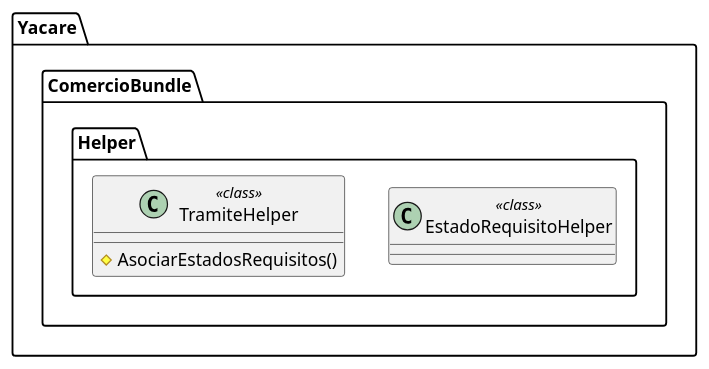
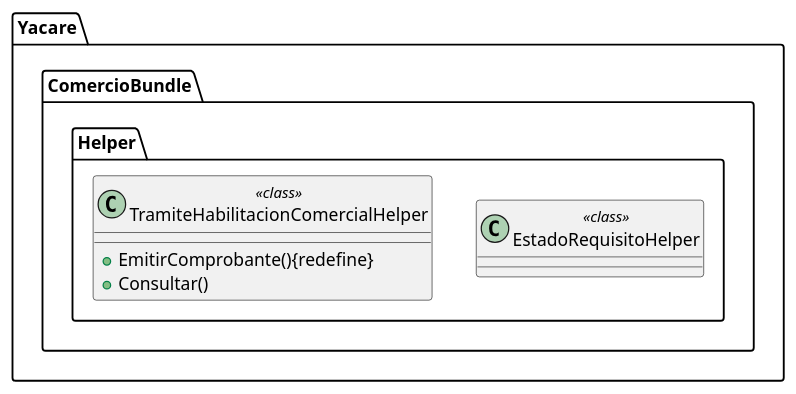
The diagram in docs/Clases/Yacaré/Comercio/Helpers.pu (alediazrc/yacare), drawn with PlantUML before and after one commit. The commit also changed 3 other files, not shown here.

```diff
--- a/docs/Clases/Yacaré/Comercio/Helpers.pu
+++ b/docs/Clases/Yacaré/Comercio/Helpers.pu
@@ -1,9 +1,10 @@
 @startuml
 namespace Yacare.ComercioBundle.Helper  {
 	class EstadoRequisitoHelper << class >> {
 	}
-	class TramiteHelper << class >> {
-		#AsociarEstadosRequisitos()
+	class TramiteHabilitacionComercialHelper << class >> {
+		+EmitirComprobante(){redefine}
+		+Consultar()
 	}
 }
 @enduml
```
